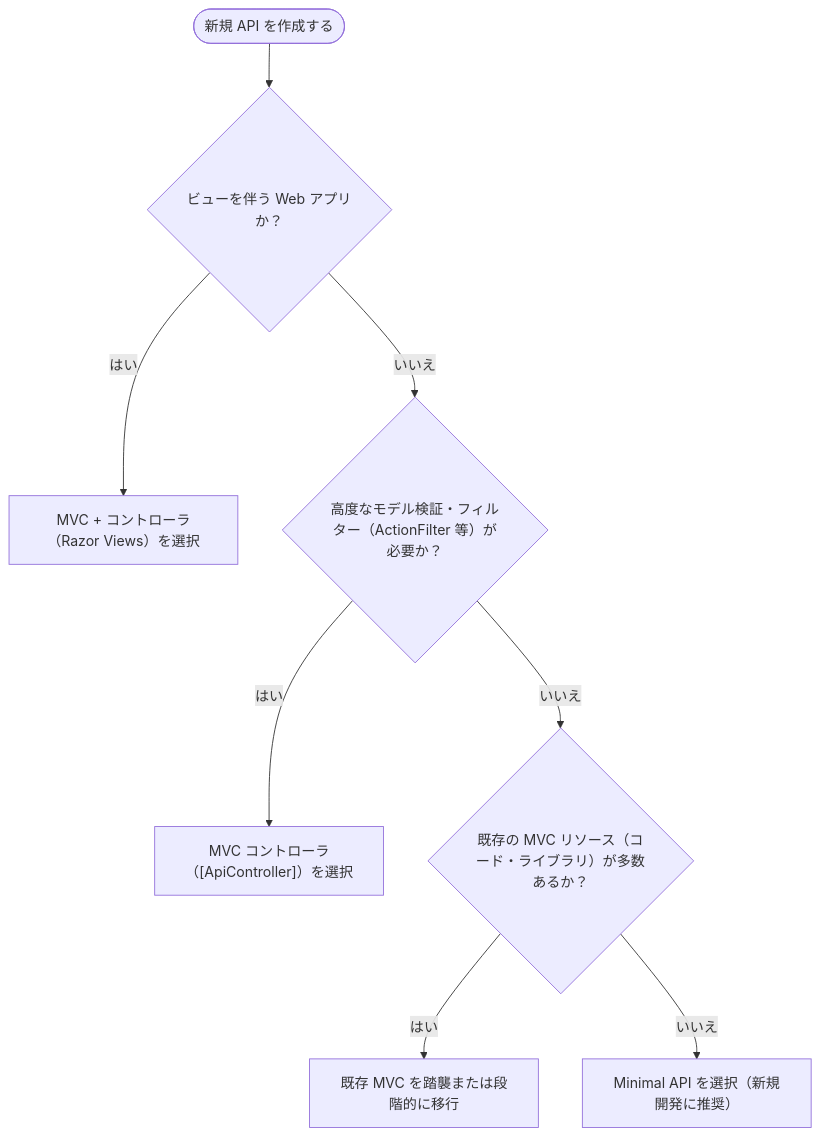
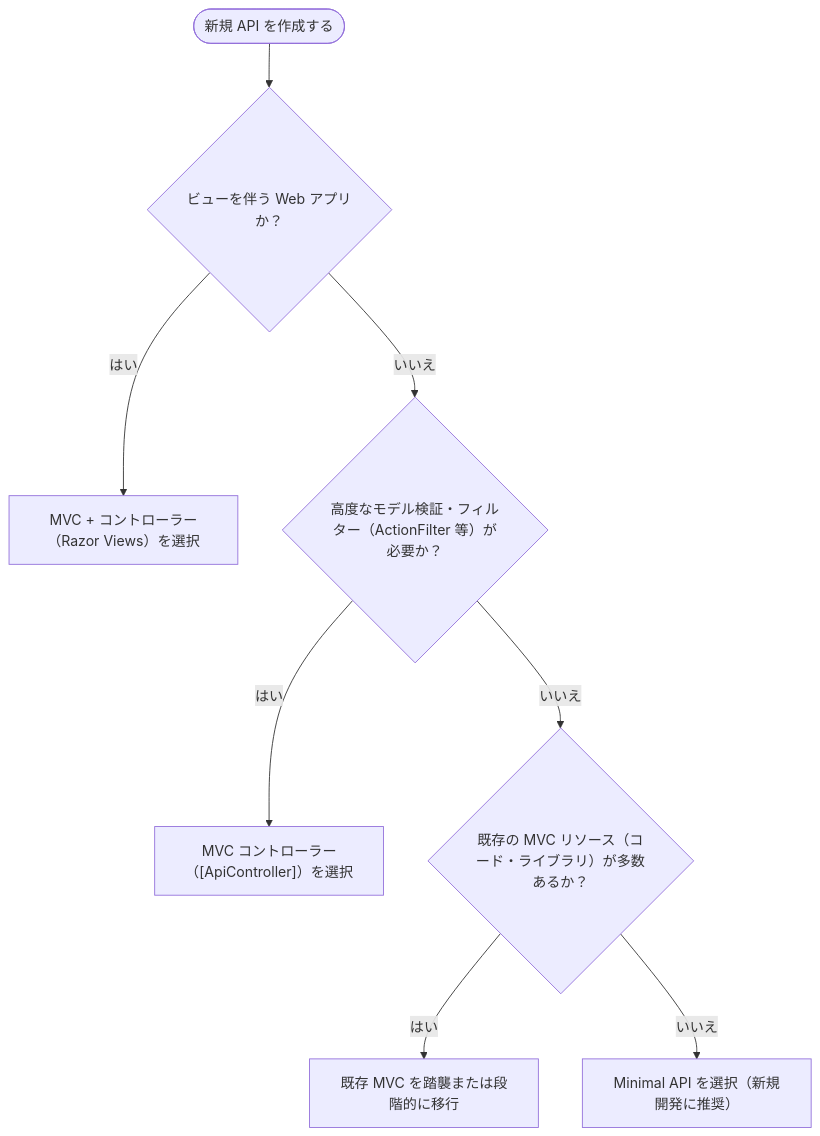
One commit to microsoft/aspnetcore-ja-handbook changed the third of 3 diagrams in docs/04-minimal-api.md. Above: the diagram before and after it, drawn with Mermaid. The commit also changed other lines of this file and 5 other files, not shown here.

````diff
--- a/docs/04-minimal-api.md
+++ b/docs/04-minimal-api.md
@@ -782,11 +782,11 @@
 ```mermaid
 flowchart TD
     Start(["新規 API を作成する"])
     Start --> Q1{"ビューを伴う Web アプリか？"}
-    Q1 -->|はい| MVC1["MVC + コントローラ（Razor Views）を選択"]
+    Q1 -->|はい| MVC1["MVC + コントローラー（Razor Views）を選択"]
     Q1 -->|いいえ| Q2{"高度なモデル検証・フィルター（ActionFilter 等）が必要か？"}
-    Q2 -->|はい| MVC2["MVC コントローラ（[ApiController]）を選択"]
+    Q2 -->|はい| MVC2["MVC コントローラー（[ApiController]）を選択"]
     Q2 -->|いいえ| Q3{"既存の MVC リソース（コード・ライブラリ）が多数あるか？"}
     Q3 -->|はい| MVC3["既存 MVC を踏襲または段階的に移行"]
     Q3 -->|いいえ| Minimal["Minimal API を選択（新規開発に推奨）"]
 ```
````
